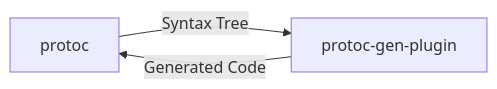
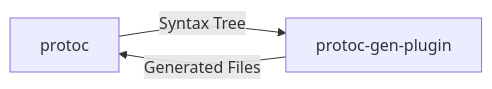
The diagram in README.md (aspage2/protoc-gen-markdown), drawn with Mermaid before and after one commit. The commit also changed other lines of this file and 7 other files, not shown here.

````diff
--- a/README.md
+++ b/README.md
@@ -9,5 +23,5 @@
 ```mermaid
 graph LR
 	protoc -->|Syntax Tree|protoc-gen-plugin
-	protoc-gen-plugin -->|Generated Code|protoc
+	protoc-gen-plugin -->|Generated Files|protoc
 ```
````
